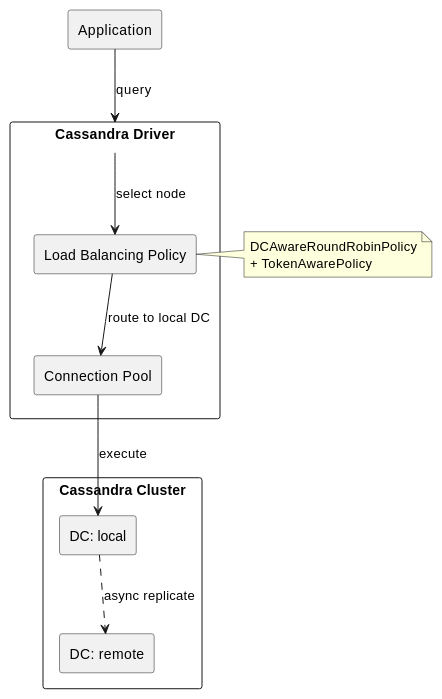
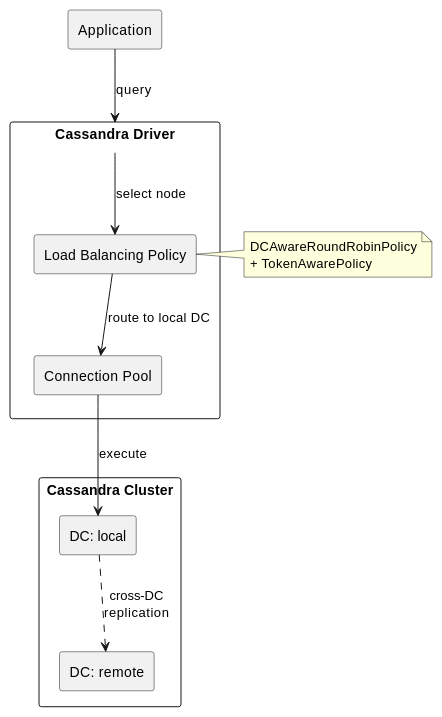
One commit to axonops/documentation changed the third of 4 diagrams in docs/data-platforms/cassandra/architecture/distributed-data/multi-datacenter.md. Above: the diagram before and after it, drawn with PlantUML.

Commit message:
Use neutral cross-DC replication label in diagram

````diff
--- a/docs/data-platforms/cassandra/architecture/distributed-data/multi-datacenter.md
+++ b/docs/data-platforms/cassandra/architecture/distributed-data/multi-datacenter.md
@@ -153,27 +153,27 @@
 ```plantuml
 @startuml
 skinparam backgroundColor transparent
 
 rectangle "Application" as app
 rectangle "Cassandra Driver" as driver {
     rectangle "Load Balancing Policy" as lbp
     rectangle "Connection Pool" as pool
 }
 rectangle "Cassandra Cluster" as cluster {
     rectangle "DC: local" as local
     rectangle "DC: remote" as remote
 }
 
 app --> driver : query
 driver --> lbp : select node
 lbp --> pool : route to local DC
 pool --> local : execute
-local ..> remote : async replicate
+local ..> remote : cross-DC\nreplication
 
 note right of lbp
   DCAwareRoundRobinPolicy
   + TokenAwarePolicy
 end note
 
 @enduml
 ```
````
